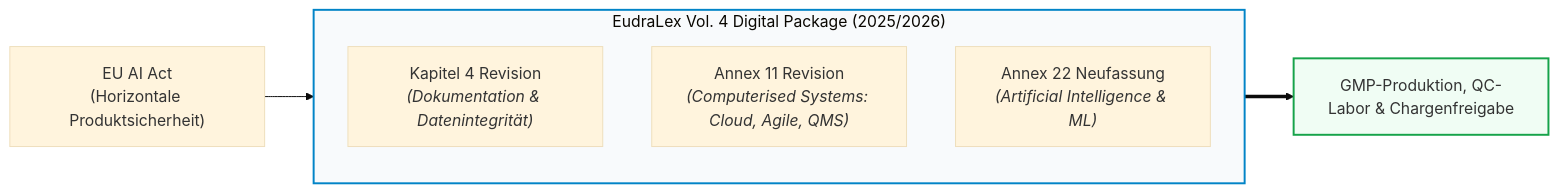
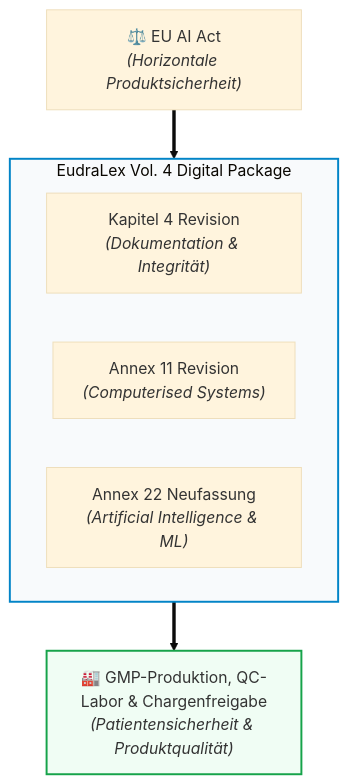
One commit to Lunaman06/Annex22 changed the first of 2 diagrams in docs/de/00_overview.md. Above: the diagram before and after it, drawn with Mermaid (base theme). The commit also changed other lines of this file and 29 other files, not shown here.

Commit message:
style(docs): optimize mermaid diagram aspect ratios, edge flows and legibility across all DE and EN modules

````diff
--- a/docs/de/00_overview.md
+++ b/docs/de/00_overview.md
@@ -20,15 +20,19 @@
 ```mermaid
-graph LR
-    subgraph DigitalPackage["EudraLex Vol. 4 Digital Package (2025/2026)"]
-        direction TB
-        P1["Kapitel 4 Revision<br/><i>(Dokumentation & Datenintegrität)</i>"]
-        P2["Annex 11 Revision<br/><i>(Computerised Systems: Cloud, Agile, QMS)</i>"]
+flowchart TD
+    A["⚖️ EU AI Act<br/><i>(Horizontale Produktsicherheit)</i>"]
+
+    subgraph DigitalPackage["EudraLex Vol. 4 Digital Package"]
+        direction LR
+        P1["Kapitel 4 Revision<br/><i>(Dokumentation & Integrität)</i>"]
+        P2["Annex 11 Revision<br/><i>(Computerised Systems)</i>"]
         P3["Annex 22 Neufassung<br/><i>(Artificial Intelligence & ML)</i>"]
     end
 
-    A["EU AI Act<br/>(Horizontale Produktsicherheit)"] --> DigitalPackage
-    DigitalPackage ==> D["GMP-Produktion, QC-Labor & Chargenfreigabe"]
+    D["🏭 GMP-Produktion, QC-Labor & Chargenfreigabe<br/><i>(Patientensicherheit & Produktqualität)</i>"]
+
+    A ==> DigitalPackage
+    DigitalPackage ==> D
 
     style DigitalPackage fill:#f8fafc,stroke:#0284c7,stroke-width:2px
     style D fill:#f0fdf4,stroke:#16a34a,stroke-width:2px
 ```
````
